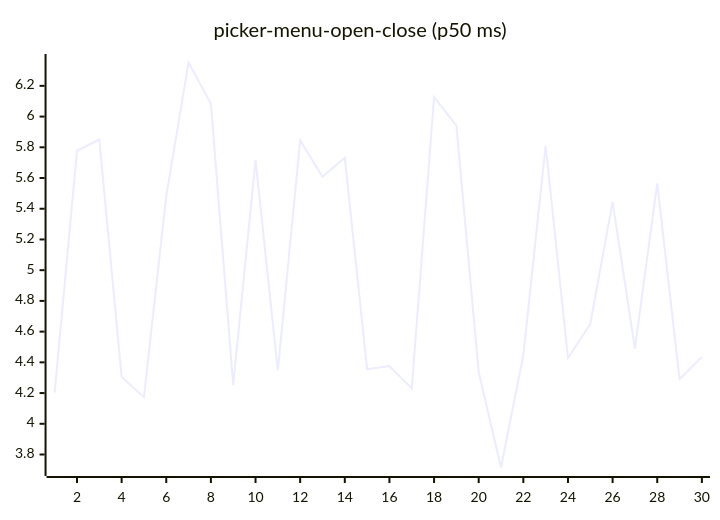
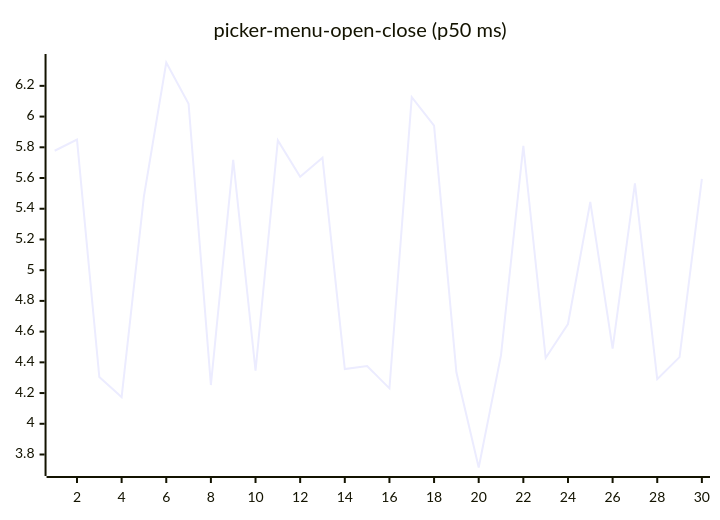
One commit to josha/Facet changed diagram 16 of 27 in README.md. Above: the diagram before and after it, drawn with Mermaid. The commit also changed other lines of this file and 2 other files, not shown here.

````diff
--- a/README.md
+++ b/README.md
@@ -168,6 +168,6 @@
 ```mermaid
 xychart-beta
     title "picker-menu-open-close (p50 ms)"
     x-axis 1 --> 30
-    line [4.2034, 5.7775, 5.8503, 4.3049, 4.1731, 5.4814, 6.3520, 6.0839, 4.2522, 5.7175, 4.3452, 5.8449, 5.6085, 5.7317, 4.3559, 4.3756, 4.2307, 6.1258, 5.9413, 4.3353, 3.7154, 4.4466, 5.8101, 4.4287, 4.6495, 5.4442, 4.4899, 5.5654, 4.2905, 4.4342]
+    line [5.7775, 5.8503, 4.3049, 4.1731, 5.4814, 6.3520, 6.0839, 4.2522, 5.7175, 4.3452, 5.8449, 5.6085, 5.7317, 4.3559, 4.3756, 4.2307, 6.1258, 5.9413, 4.3353, 3.7154, 4.4466, 5.8101, 4.4287, 4.6495, 5.4442, 4.4899, 5.5654, 4.2905, 4.4342, 5.5941]
 ```
````
